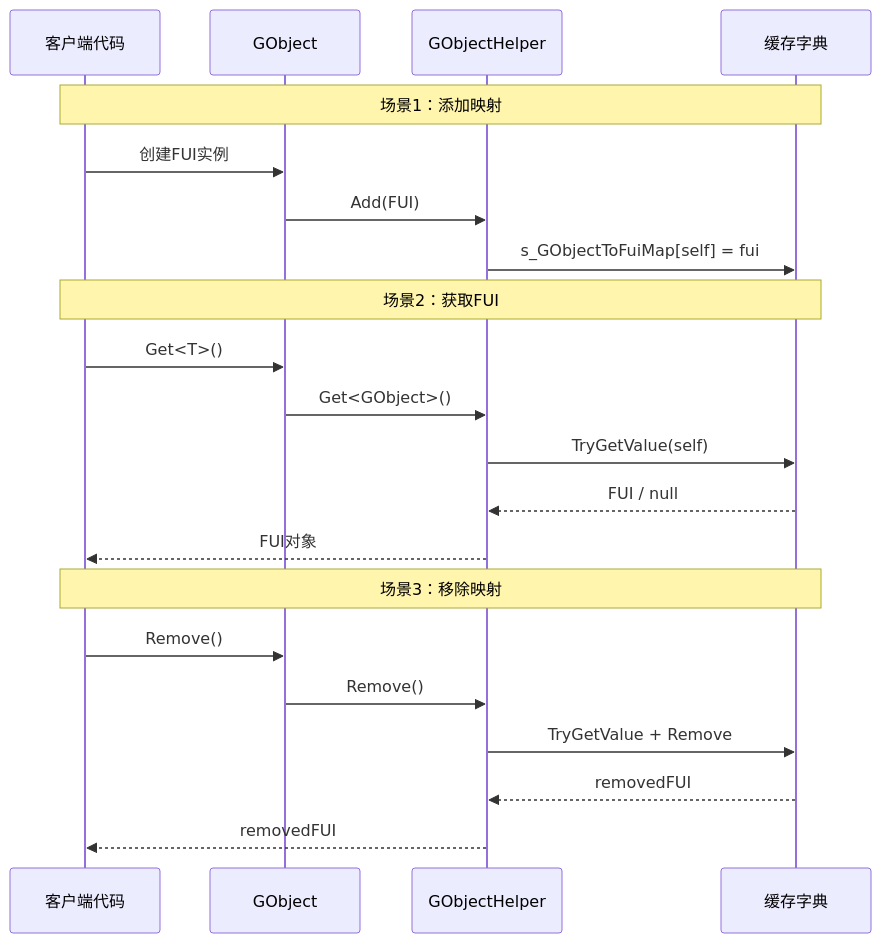
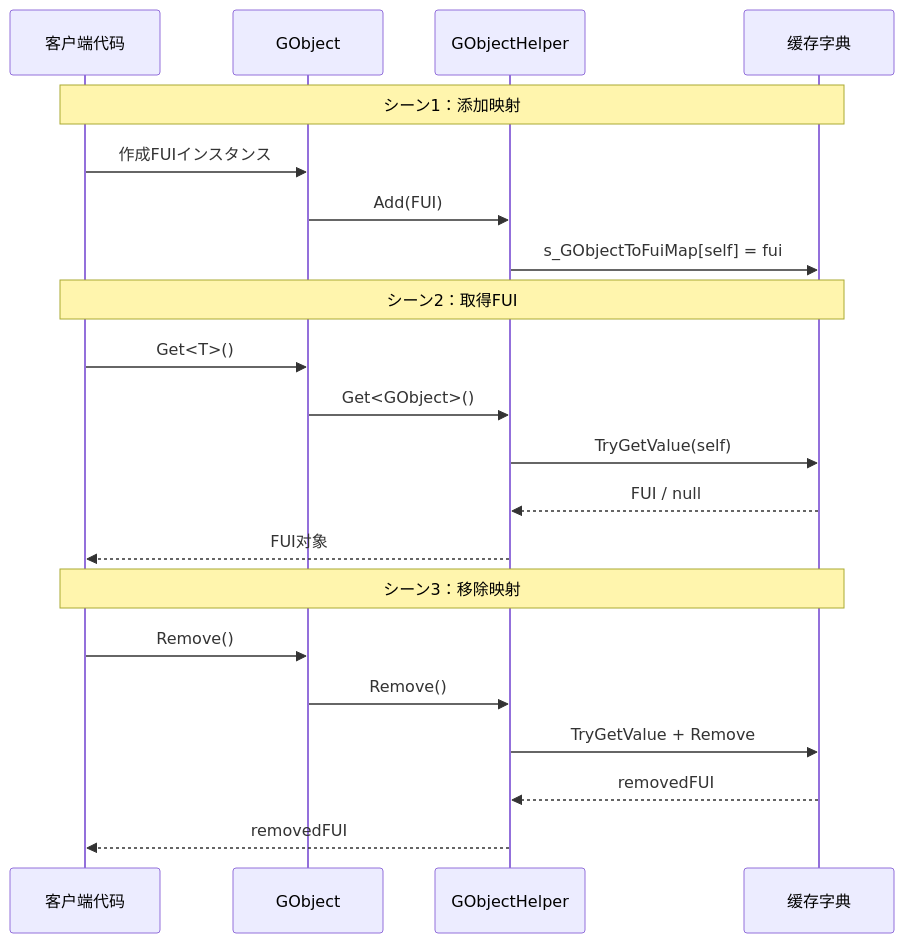
The second of 2 diagrams in docs/ja/client/unity/component/ui-fairygui/12.gobject-helper.md (AlianBlank/GameFrameX.Docs), drawn with Mermaid before and after one commit. The commit also changed other lines of this file and 603 other files, not shown here.

````diff
--- a/docs/ja/client/unity/component/ui-fairygui/12.gobject-helper.md
+++ b/docs/ja/client/unity/component/ui-fairygui/12.gobject-helper.md
@@ -108,26 +108,26 @@
 ```mermaid
 sequenceDiagram
     participant Client as 客户端代码
     participant GObj as GObject
     participant Helper as GObjectHelper
     participant Cache as 缓存字典
 
-    Note over Client,Cache: 场景1：添加映射
-    Client->>GObj: 创建FUI实例
+    Note over Client,Cache: シーン1：添加映射
+    Client->>GObj: 作成FUIインスタンス
     GObj->>Helper: Add(FUI)
     Helper->>Cache: s_GObjectToFuiMap[self] = fui
 
-    Note over Client,Cache: 场景2：获取FUI
+    Note over Client,Cache: シーン2：取得FUI
     Client->>GObj: Get<T>()
     GObj->>Helper: Get<GObject>()
     Helper->>Cache: TryGetValue(self)
     Cache-->>Helper: FUI / null
     Helper-->>Client: FUI对象
 
-    Note over Client,Cache: 场景3：移除映射
+    Note over Client,Cache: シーン3：移除映射
     Client->>GObj: Remove()
     GObj->>Helper: Remove()
     Helper->>Cache: TryGetValue + Remove
     Cache-->>Helper: removedFUI
     Helper-->>Client: removedFUI
 ```
````
